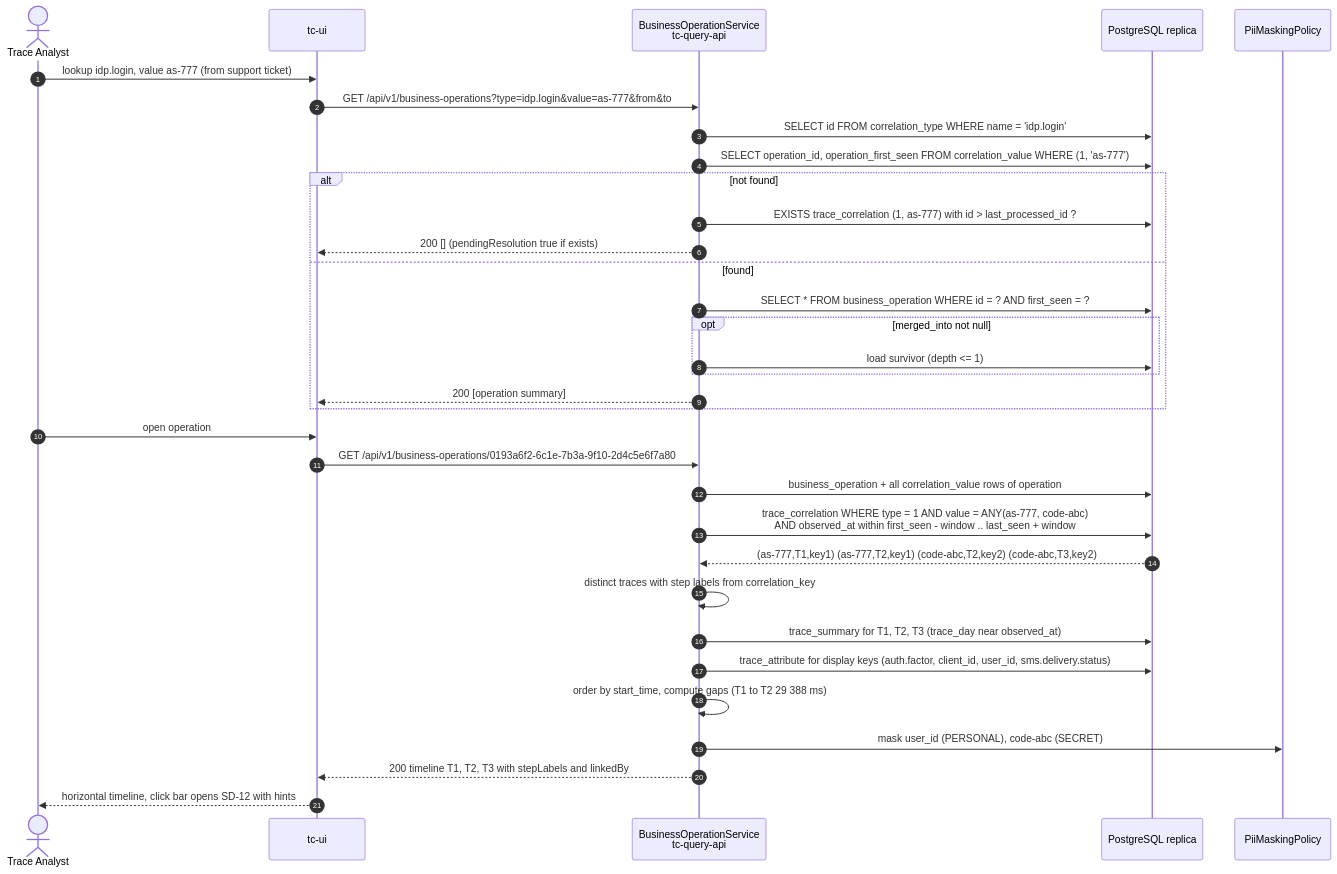
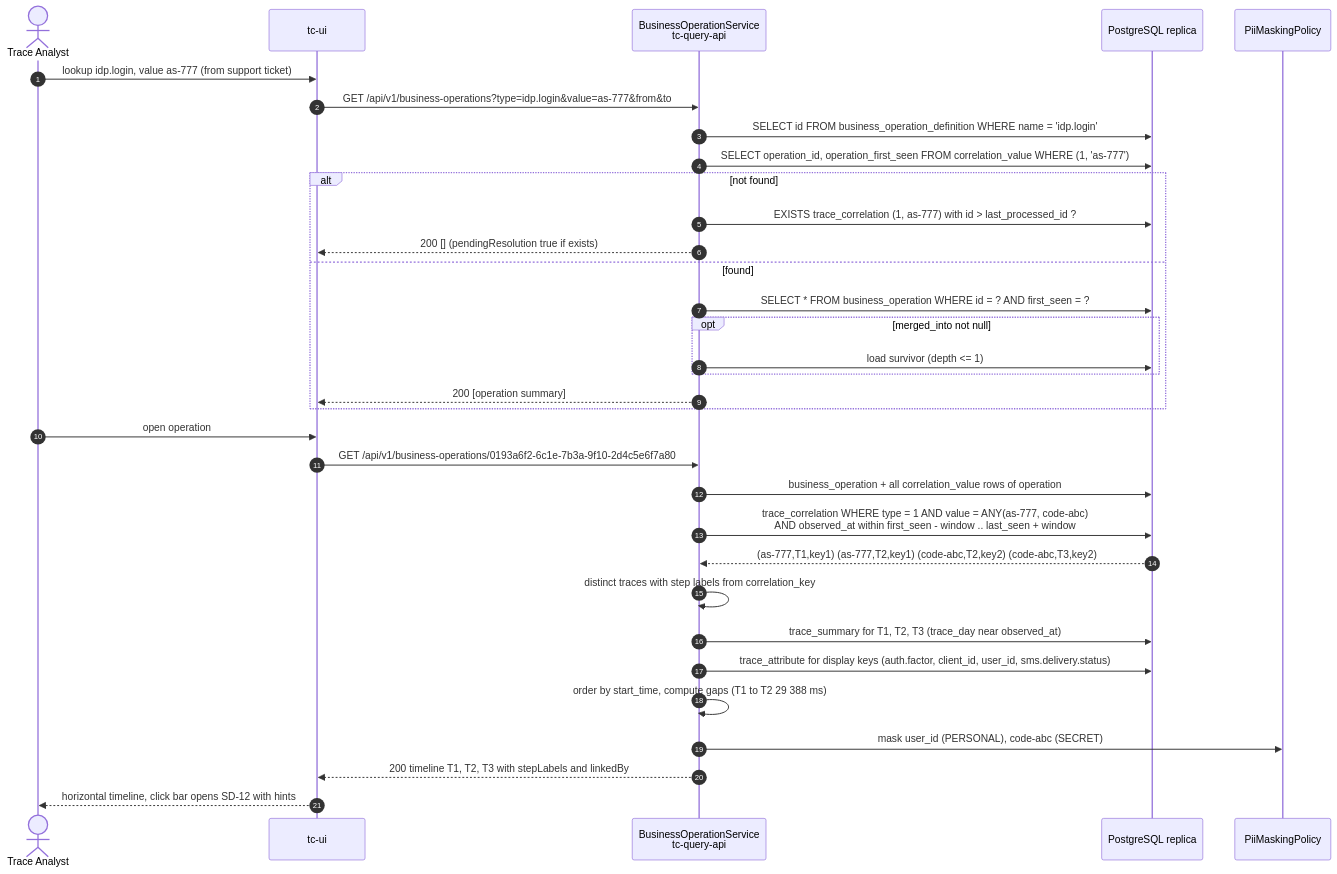
Diagram 16 of 24 in agent/07-sequence-diagrams.md (aasmc/tracing-system), drawn with Mermaid before and after one commit. The commit also changed other lines of this file and 122 other files, not shown here.

````diff
--- a/agent/07-sequence-diagrams.md
+++ b/agent/07-sequence-diagrams.md
@@ -815,36 +815,36 @@
 ```mermaid
 sequenceDiagram
     autonumber
     actor AN as Trace Analyst
     participant UI as tc-ui
     participant BO as BusinessOperationService<br/>tc-query-api
     participant PGR as PostgreSQL replica
     participant PM as PiiMaskingPolicy
 
     AN->>UI: lookup idp.login, value as-777 (from support ticket)
     UI->>BO: GET /api/v1/business-operations?type=idp.login&value=as-777&from&to
-    BO->>PGR: SELECT id FROM correlation_type WHERE name = 'idp.login'
+    BO->>PGR: SELECT id FROM business_operation_definition WHERE name = 'idp.login'
     BO->>PGR: SELECT operation_id, operation_first_seen FROM correlation_value WHERE (1, 'as-777')
     alt not found
         BO->>PGR: EXISTS trace_correlation (1, as-777) with id > last_processed_id ?
         BO-->>UI: 200 [] (pendingResolution true if exists)
     else found
         BO->>PGR: SELECT * FROM business_operation WHERE id = ? AND first_seen = ?
         opt merged_into not null
             BO->>PGR: load survivor (depth <= 1)
         end
         BO-->>UI: 200 [operation summary]
     end
     AN->>UI: open operation
     UI->>BO: GET /api/v1/business-operations/0193a6f2-6c1e-7b3a-9f10-2d4c5e6f7a80
     BO->>PGR: business_operation + all correlation_value rows of operation
     BO->>PGR: trace_correlation WHERE type = 1 AND value = ANY(as-777, code-abc)<br/>AND observed_at within first_seen - window .. last_seen + window
     PGR-->>BO: (as-777,T1,key1) (as-777,T2,key1) (code-abc,T2,key2) (code-abc,T3,key2)
     BO->>BO: distinct traces with step labels from correlation_key
     BO->>PGR: trace_summary for T1, T2, T3 (trace_day near observed_at)
     BO->>PGR: trace_attribute for display keys (auth.factor, client_id, user_id, sms.delivery.status)
     BO->>BO: order by start_time, compute gaps (T1 to T2 29 388 ms)
     BO->>PM: mask user_id (PERSONAL), code-abc (SECRET)
     BO-->>UI: 200 timeline T1, T2, T3 with stepLabels and linkedBy
     UI-->>AN: horizontal timeline, click bar opens SD-12 with hints
 ```
````
